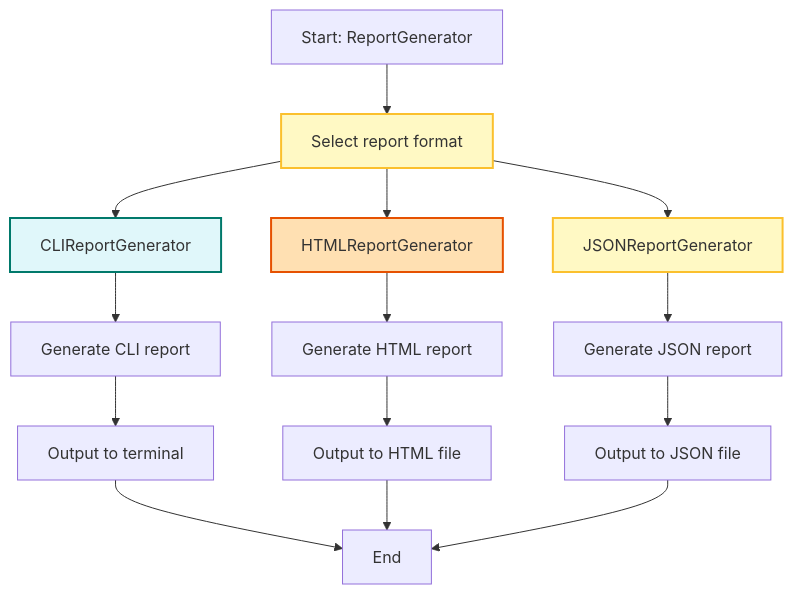
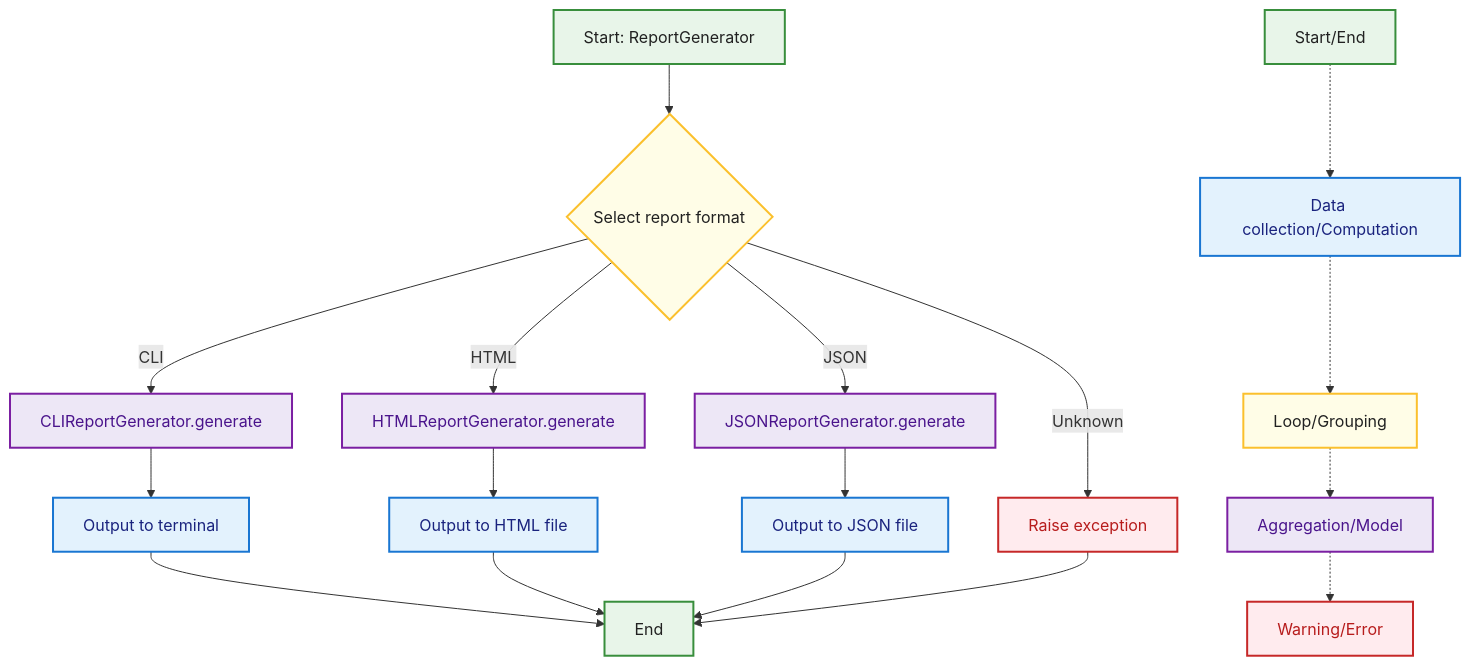
Before and after one commit to CmdrPrompt/MetricMancer: the diagram in mermaid/6_report_generator_flow.md, drawn with Mermaid. The commit also changed other lines of this file and 21 other files, not shown here.

````diff
--- a/mermaid/6_report_generator_flow.md
+++ b/mermaid/6_report_generator_flow.md
@@ -13,24 +5,59 @@
 ```mermaid
 graph TD
-    A[Start: ReportGenerator] --> B[Select report format]
-    B --> C1[CLIReportGenerator]
-    B --> C2[HTMLReportGenerator]
-    B --> C3[JSONReportGenerator]
-    C1 --> D1[Generate CLI report]
-    C2 --> D2[Generate HTML report]
-    C3 --> D3[Generate JSON report]
-
-    D1 --> E1[Output to terminal]
-    D2 --> E2[Output to HTML file]
-    D3 --> E3[Output to JSON file]
-    E1 --> End[End]
-    E2 --> End
-    E3 --> End
+    A[Start: ReportGenerator] --> B{Select report format}
+    B -- CLI --> C1[CLIReportGenerator.generate]
+    B -- HTML --> C2[HTMLReportGenerator.generate]
+    B -- JSON --> C3[JSONReportGenerator.generate]
+    B -- Unknown --> F[Raise exception]
+    C1 --> D1[Output to terminal]
+    C2 --> D2[Output to HTML file]
+    C3 --> D3[Output to JSON file]
+    D1 --> End[End]
+    D2 --> End
+    D3 --> End
+    F --> End
 
     %% Edge cases
-    style B fill:#fff9c4,stroke:#fbc02d,stroke-width:2px
-    style C1 fill:#e0f7fa,stroke:#00796b,stroke-width:2px
-    style C2 fill:#ffe0b2,stroke:#e65100,stroke-width:2px
-    style C3 fill:#fff9c4,stroke:#fbc02d,stroke-width:2px
+    classDef start fill:#e8f5e9,stroke:#388e3c,stroke-width:2px,color:#212121;
+    classDef loop fill:#fffde7,stroke:#fbc02d,stroke-width:2px,color:#212121;
+    classDef calc fill:#e3f2fd,stroke:#1976d2,stroke-width:2px,color:#1a237e;
+    classDef agg fill:#ede7f6,stroke:#7b1fa2,stroke-width:2px,color:#4a148c;
+    classDef warn fill:#ffebee,stroke:#c62828,stroke-width:2px,color:#b71c1c;
+
+    class A start;
+    class B loop;
+    class C1 agg;
+    class C2 agg;
+    class C3 agg;
+    class F warn;
+    class D1 calc;
+    class D2 calc;
+    class D3 calc;
+    class End start;
+    class F warn;
     %% Error handling: unknown format, output errors
+    
+%% Legend
+    LegendStart[Start/End]:::start
+    LegendCalc[Data collection/Computation]:::calc
+    LegendLoop[Loop/Grouping]:::loop
+    LegendAgg[Aggregation/Model]:::agg
+    LegendWarn[Warning/Error]:::warn
+
+    LegendStart -.-> LegendCalc
+    LegendCalc -.-> LegendLoop
+    LegendLoop -.-> LegendAgg
+    LegendAgg -.-> LegendWarn
+
+    classDef start fill:#e8f5e9,stroke:#388e3c,stroke-width:2px,color:#212121;
+    classDef calc fill:#e3f2fd,stroke:#1976d2,stroke-width:2px,color:#1a237e;
+    classDef loop fill:#fffde7,stroke:#fbc02d,stroke-width:2px,color:#212121;
+    classDef agg fill:#ede7f6,stroke:#7b1fa2,stroke-width:2px,color:#4a148c;
+    classDef warn fill:#ffebee,stroke:#c62828,stroke-width:2px,color:#b71c1c;
+
+    class LegendStart start;
+    class LegendCalc calc;
+    class LegendLoop loop;
+    class LegendAgg agg;
+    class LegendWarn warn;
 ```
````
